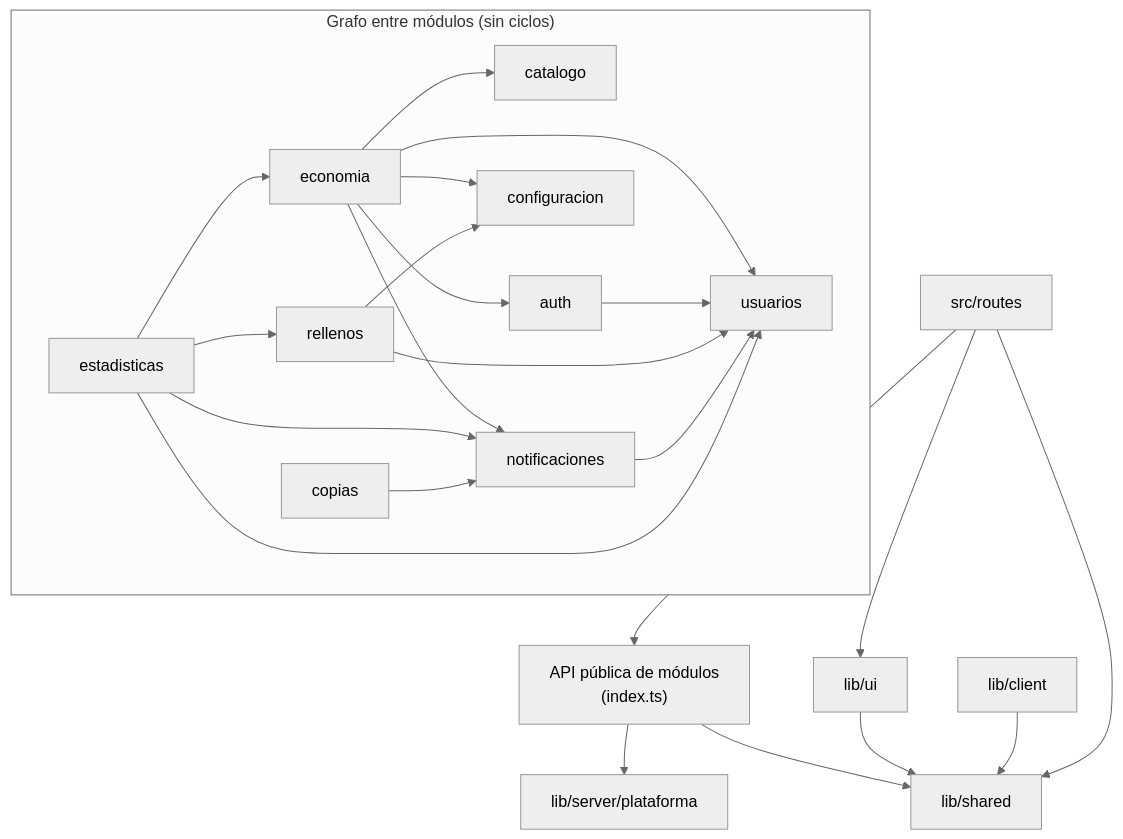
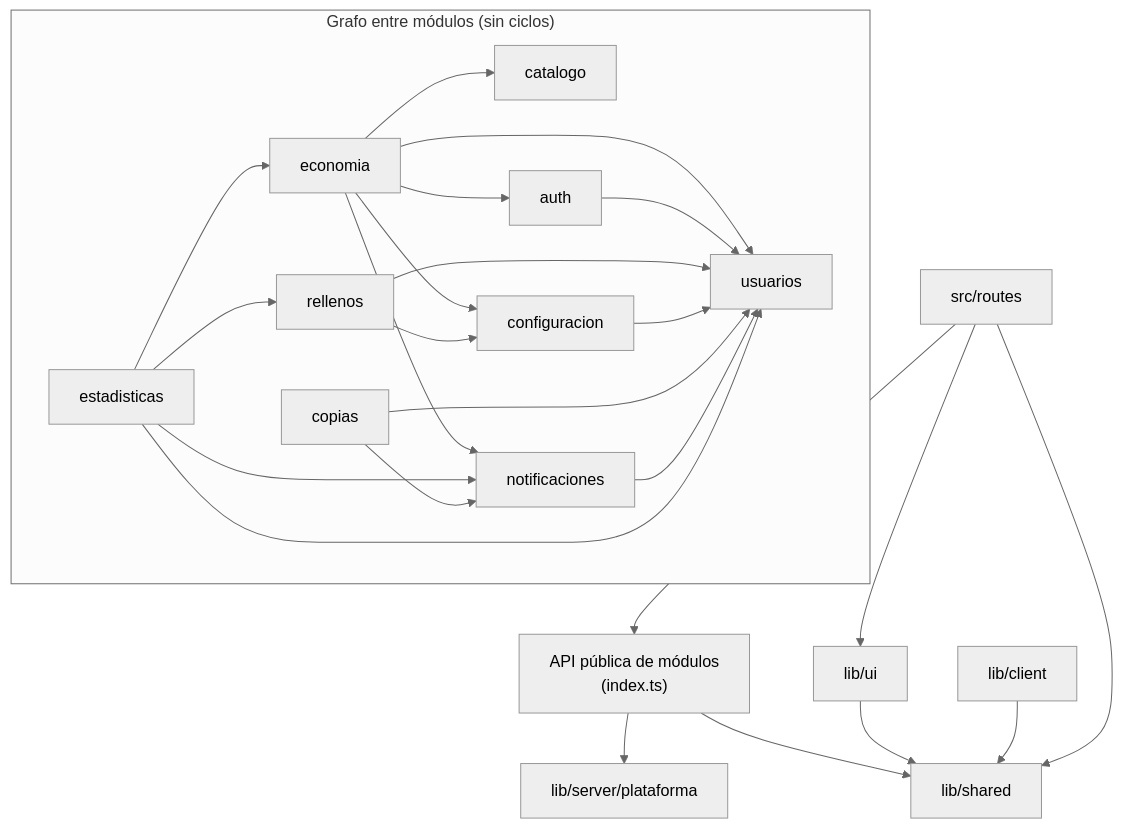
One commit to danimardo/beCafe changed the second of 3 diagrams in ARCHITECTURE.md. Above: the diagram before and after it, drawn with Mermaid (neutral theme). The commit also changed other lines of this file and 117 other files, not shown here.

````diff
--- a/ARCHITECTURE.md
+++ b/ARCHITECTURE.md
@@ -122,27 +122,29 @@
 ```mermaid
 flowchart TD
   routes["src/routes"] --> server_api["API pública de módulos<br/>(index.ts)"]
   routes --> ui["lib/ui"]
   routes --> shared["lib/shared"]
   ui --> shared
   client["lib/client"] --> shared
   server_api --> plataforma["lib/server/plataforma"]
   server_api --> shared
 
   subgraph Modulos["Grafo entre módulos (sin ciclos)"]
     economia --> catalogo
     economia --> usuarios
     economia --> auth
     economia --> configuracion
     economia --> notificaciones
     auth --> usuarios
     rellenos --> usuarios
     rellenos --> configuracion
+    configuracion --> usuarios
+    copias --> usuarios
     notificaciones --> usuarios
     estadisticas --> economia
     estadisticas --> rellenos
     estadisticas --> notificaciones
     estadisticas --> usuarios
     copias --> notificaciones
   end
 ```
````
